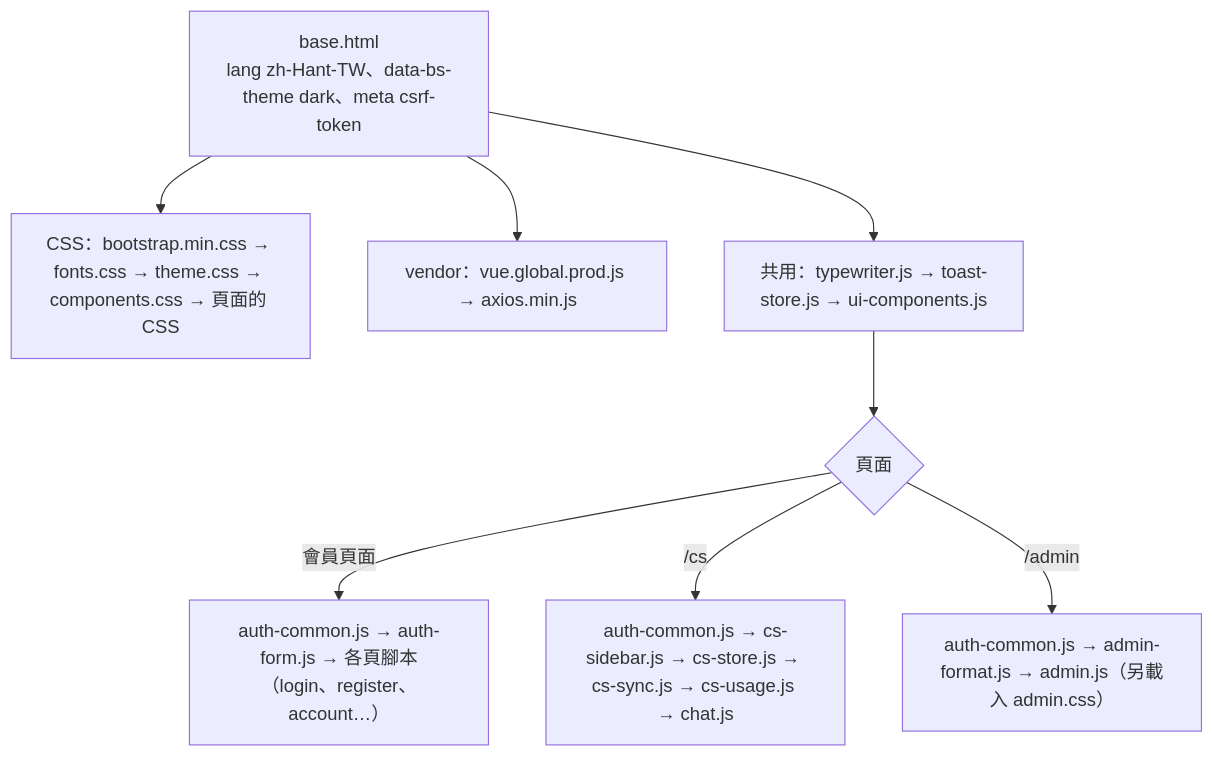
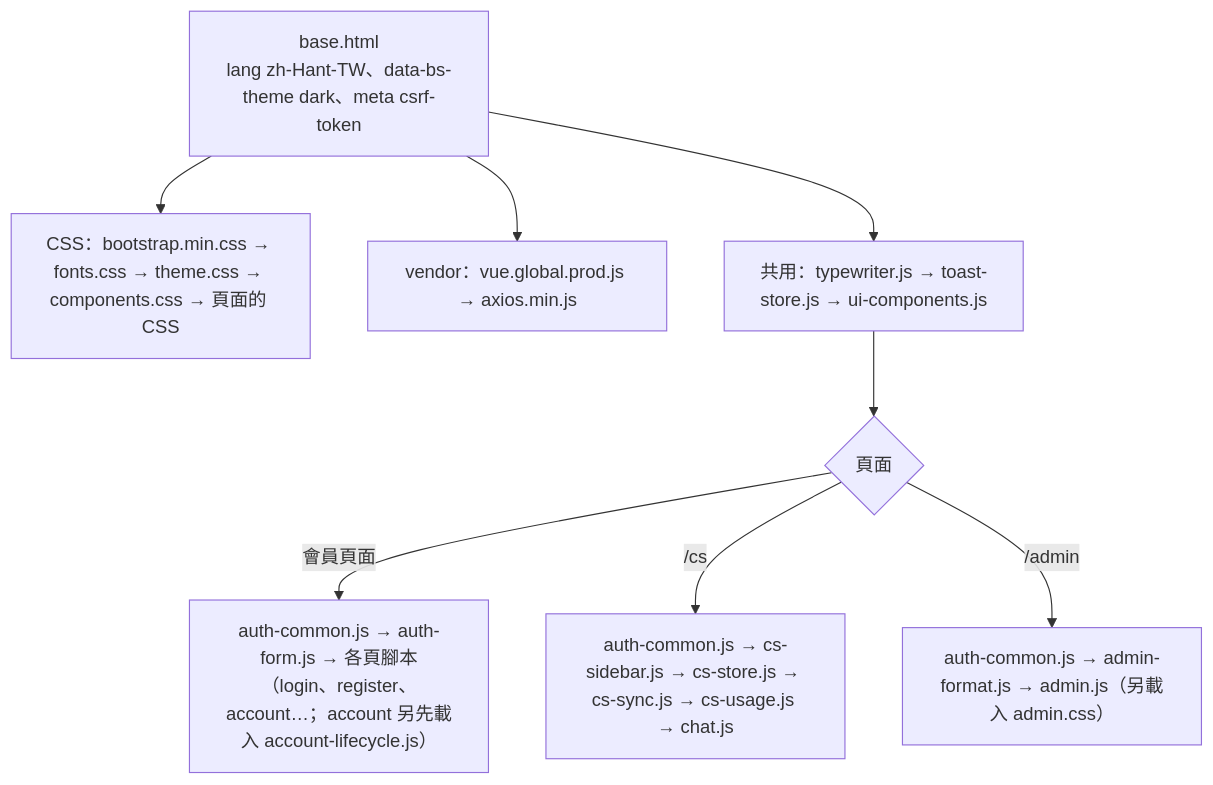
The first of 6 diagrams in docs/前端結構-frontend.md (pp466pp466/R.A.C), drawn with Mermaid before and after one commit. The commit also changed other lines of this file and 77 other files, not shown here.

````diff
--- a/docs/前端結構-frontend.md
+++ b/docs/前端結構-frontend.md
@@ -9,11 +9,11 @@
 ```mermaid
 flowchart TD
     Base["base.html<br/>lang zh-Hant-TW、data-bs-theme dark、meta csrf-token"]
     Base --> Css["CSS：bootstrap.min.css → fonts.css → theme.css → components.css → 頁面的 CSS"]
     Base --> Vendor["vendor：vue.global.prod.js → axios.min.js"]
     Base --> Ui["共用：typewriter.js → toast-store.js → ui-components.js"]
     Ui --> Page{"頁面"}
-    Page -->|"會員頁面"| Auth["auth-common.js → auth-form.js → 各頁腳本<br/>（login、register、account…）"]
+    Page -->|"會員頁面"| Auth["auth-common.js → auth-form.js → 各頁腳本<br/>（login、register、account…；account 另先載入 account-lifecycle.js）"]
     Page -->|"/cs"| Cs["auth-common.js → cs-sidebar.js → cs-store.js → cs-sync.js → cs-usage.js → chat.js"]
     Page -->|"/admin"| Adm["auth-common.js → admin-format.js → admin.js（另載入 admin.css）"]
 ```
````
